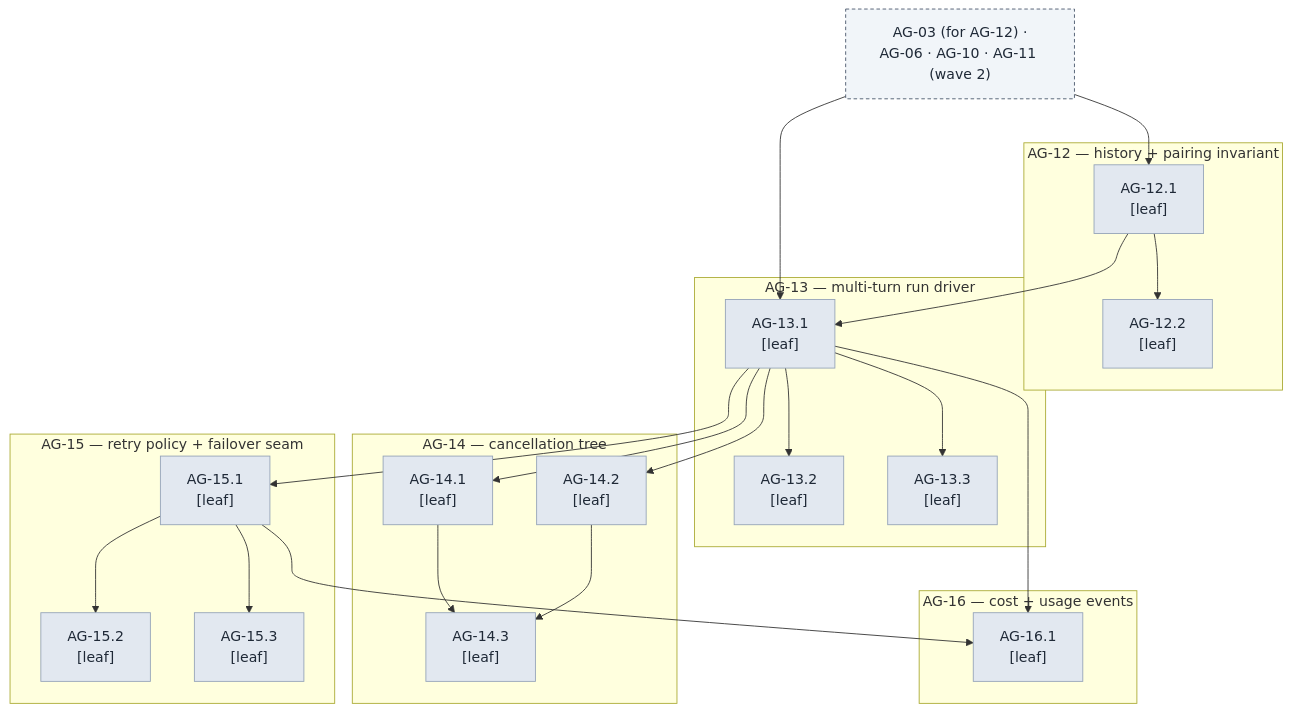
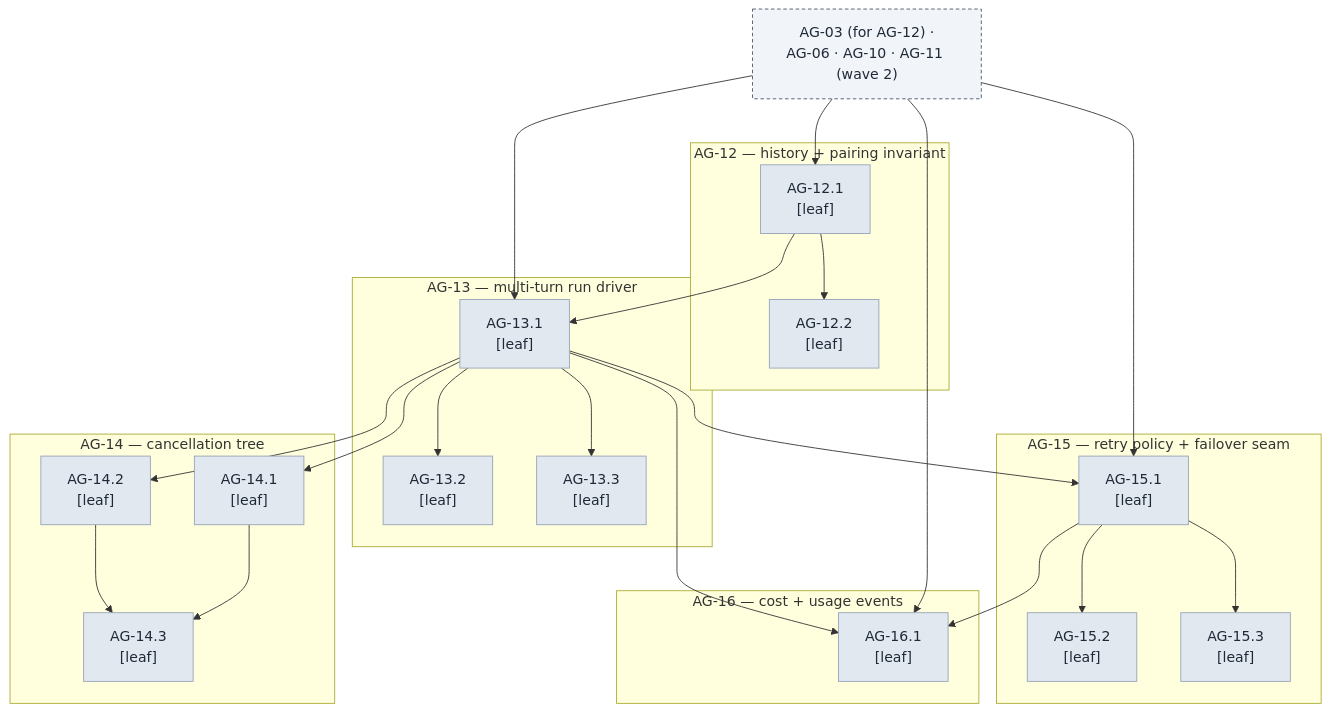
Before and after one commit to witsaba/cachicamas: diagram 14 of 28 in docs/architecture/milestones/0003-cachicamas-agent-layer-2-task-graph.md, drawn with Mermaid. The commit also changed other lines of this file, not shown here.

````diff
--- a/docs/architecture/milestones/0003-cachicamas-agent-layer-2-task-graph.md
+++ b/docs/architecture/milestones/0003-cachicamas-agent-layer-2-task-graph.md
@@ -1166,46 +1178,48 @@
 ```mermaid
 flowchart TB
     GATE["AG-03 (for AG-12) ·<br/>AG-06 · AG-10 · AG-11 (wave 2)"]
     subgraph AG12["AG-12 — history + pairing invariant"]
         AG12_1["AG-12.1<br/>[leaf]"]
         AG12_2["AG-12.2<br/>[leaf]"]
         AG12_1 --> AG12_2
     end
     subgraph AG13["AG-13 — multi-turn run driver"]
         AG13_1["AG-13.1<br/>[leaf]"]
         AG13_2["AG-13.2<br/>[leaf]"]
         AG13_3["AG-13.3<br/>[leaf]"]
         AG13_1 --> AG13_2
         AG13_1 --> AG13_3
     end
     subgraph AG14["AG-14 — cancellation tree"]
         AG14_1["AG-14.1<br/>[leaf]"]
         AG14_2["AG-14.2<br/>[leaf]"]
         AG14_3["AG-14.3<br/>[leaf]"]
         AG14_1 --> AG14_3
         AG14_2 --> AG14_3
     end
     subgraph AG15["AG-15 — retry policy + failover seam"]
         AG15_1["AG-15.1<br/>[leaf]"]
         AG15_2["AG-15.2<br/>[leaf]"]
         AG15_3["AG-15.3<br/>[leaf]"]
         AG15_1 --> AG15_2
         AG15_1 --> AG15_3
     end
     subgraph AG16["AG-16 — cost + usage events"]
         AG16_1["AG-16.1<br/>[leaf]"]
     end
     GATE --> AG12_1
     GATE --> AG13_1
+    GATE --> AG15_1
+    GATE --> AG16_1
     AG12_1 --> AG13_1
     AG13_1 --> AG14_1
     AG13_1 --> AG14_2
     AG13_1 --> AG15_1
     AG13_1 --> AG16_1
     AG15_1 --> AG16_1
 
     classDef leaf fill:#e2e8f0,stroke:#94a3b8,color:#1f2937
     classDef gate fill:#f1f5f9,stroke:#475569,color:#1f2937,stroke-dasharray: 4 3
     class AG12_1,AG12_2,AG13_1,AG13_2,AG13_3,AG14_1,AG14_2,AG14_3,AG15_1,AG15_2,AG15_3,AG16_1 leaf
     class GATE gate
 ```
````
